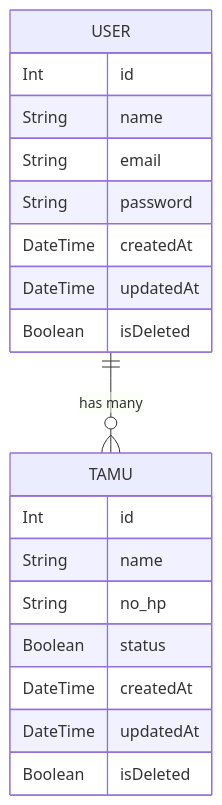
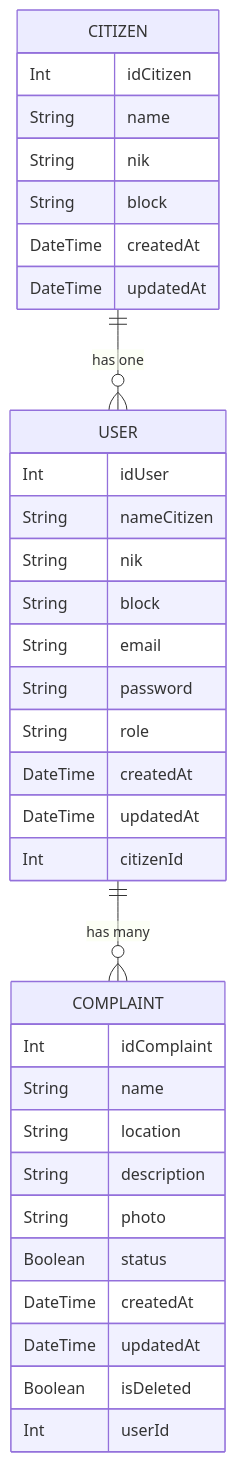
One commit to christian-siahaan26/BE-PI changed the second of 2 diagrams in README.md. Above: the diagram before and after it, drawn with Mermaid. The commit also changed other lines of this file and 23 other files, not shown here.

````diff
--- a/README.md
+++ b/README.md
@@ -45,24 +111,40 @@
 ```mermaid
 erDiagram
+    CITIZEN {
+        Int idCitizen
+        String name
+        String nik
+        String block
+        DateTime createdAt
+        DateTime updatedAt
+    }
+
     USER {
-        Int id
-        String name
+        Int idUser
+        String nameCitizen
+        String nik
+        String block
         String email
         String password
+        String role
         DateTime createdAt
         DateTime updatedAt
-        Boolean isDeleted
+        Int citizenId
     }
 
-    TAMU {
-        Int id
+    COMPLAINT {
+        Int idComplaint
         String name
-        String no_hp
+        String location
+        String description
+        String photo
         Boolean status
         DateTime createdAt
         DateTime updatedAt
         Boolean isDeleted
+        Int userId
     }
 
-    USER ||--o{ TAMU : "has many"
+    CITIZEN ||--o{ USER : "has one"
+    USER ||--o{ COMPLAINT : "has many"
 ```
````
